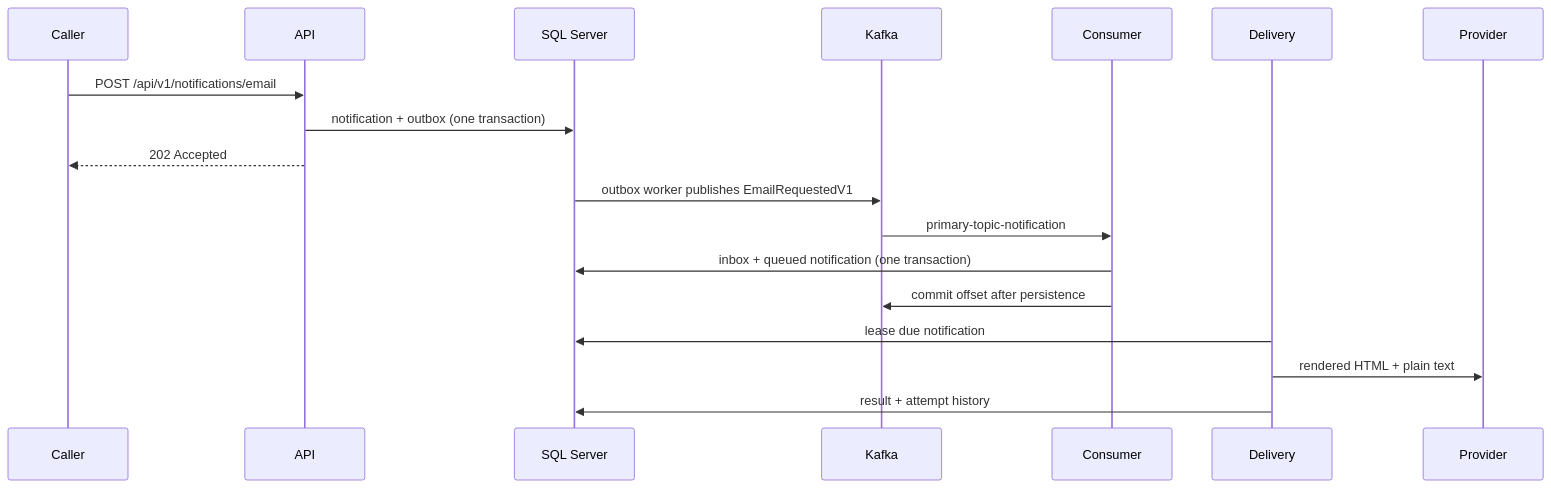
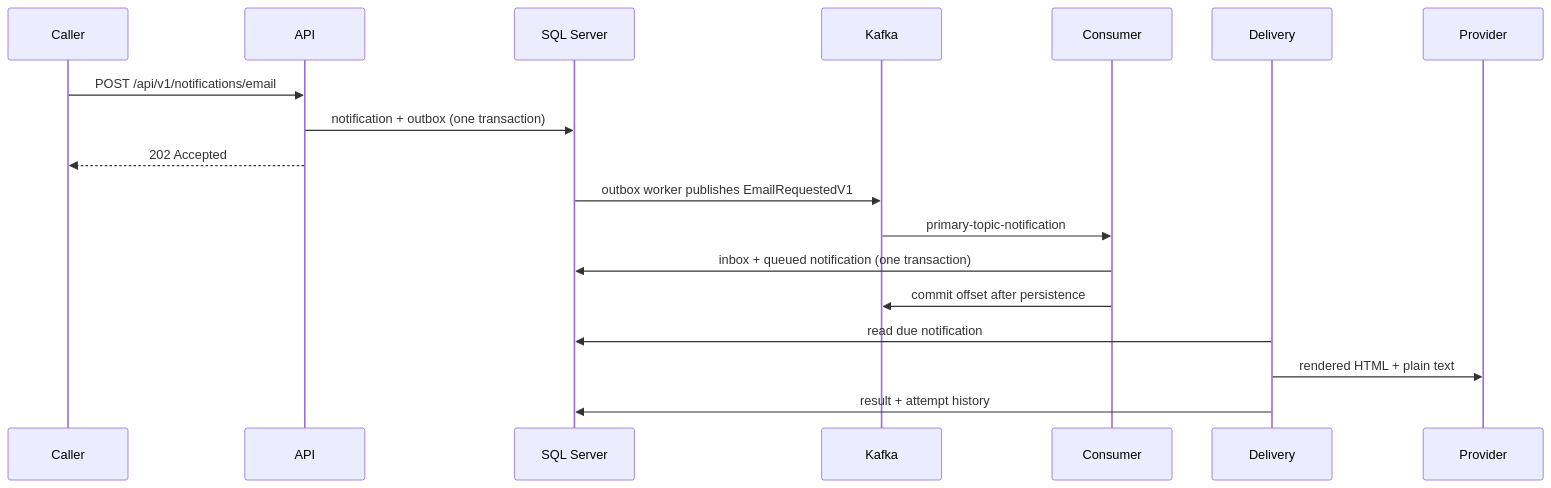
One commit to sergio-nhassengo/dotnet-notification-service changed the first of 2 diagrams in README.md. Above: the diagram before and after it, drawn with Mermaid. The commit also changed other lines of this file and 17 other files, not shown here.

````diff
--- a/README.md
+++ b/README.md
@@ -13,20 +13,20 @@
 ```mermaid
 sequenceDiagram
     participant Caller
     participant API
     participant DB as SQL Server
     participant Kafka
     participant Consumer
     participant Delivery
     participant Provider
     Caller->>API: POST /api/v1/notifications/email
     API->>DB: notification + outbox (one transaction)
     API-->>Caller: 202 Accepted
     DB->>Kafka: outbox worker publishes EmailRequestedV1
     Kafka->>Consumer: primary-topic-notification
     Consumer->>DB: inbox + queued notification (one transaction)
     Consumer->>Kafka: commit offset after persistence
-    Delivery->>DB: lease due notification
+    Delivery->>DB: read due notification
     Delivery->>Provider: rendered HTML + plain text
     Delivery->>DB: result + attempt history
 ```
````
